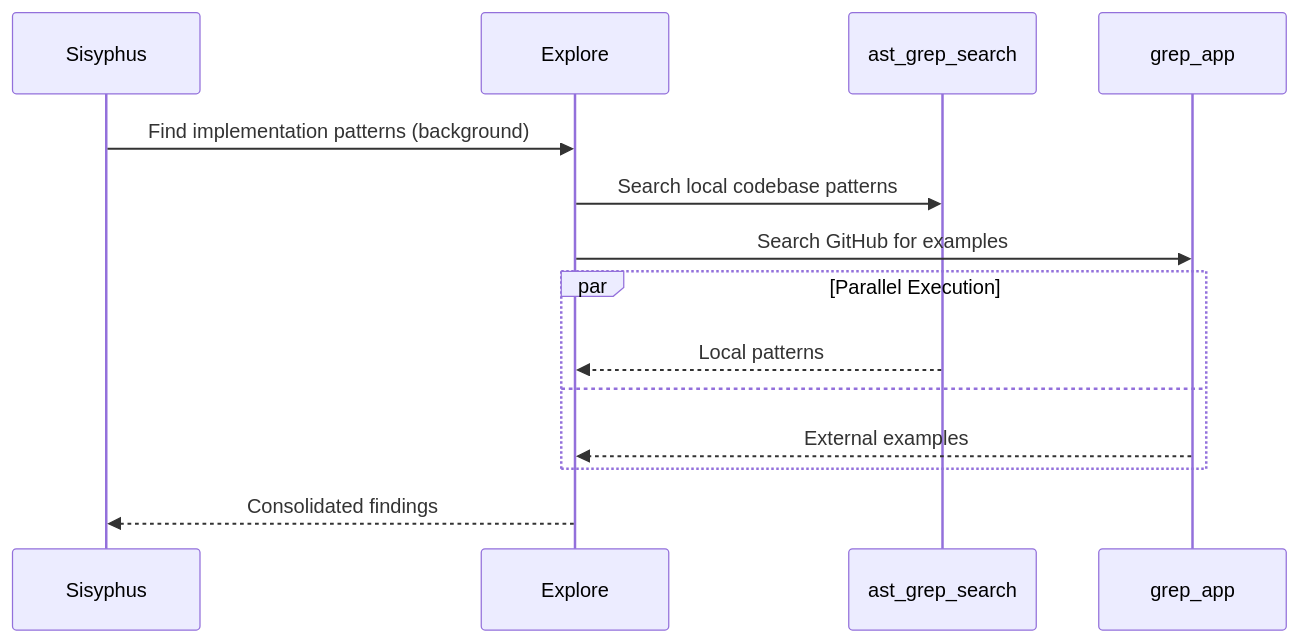
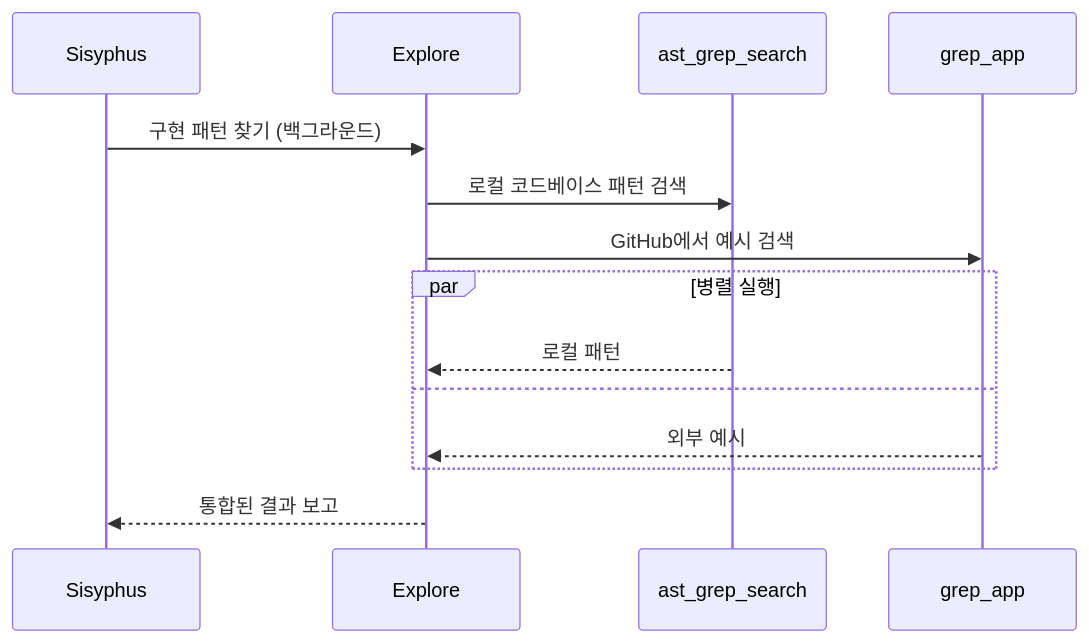
Before and after one commit to felipetruman/oh-my-opencode-docs: the fifth of 6 diagrams in docs/tools/ast-grep-tools.md, drawn with Mermaid. The commit also changed other lines of this file and 76 other files, not shown here.

````diff
--- a/docs/tools/ast-grep-tools.md
+++ b/docs/tools/ast-grep-tools.md
@@ -392,17 +392,17 @@
 ```mermaid
 sequenceDiagram
   participant p1 as Sisyphus
   participant p2 as Explore
   participant p3 as ast_grep_search
   participant p4 as grep_app
 
-  p1->>p2: Find implementation patterns (background)
-  p2->>p3: Search local codebase patterns
-  p2->>p4: Search GitHub for examples
-  par Parallel Execution
-    p3-->>p2: Local patterns
+  p1->>p2: 구현 패턴 찾기 (백그라운드)
+  p2->>p3: 로컬 코드베이스 패턴 검색
+  p2->>p4: GitHub에서 예시 검색
+  par 병렬 실행
+    p3-->>p2: 로컬 패턴
   and
-    p4-->>p2: External examples
+    p4-->>p2: 외부 예시
   end
-  p2-->>p1: Consolidated findings
+  p2-->>p1: 통합된 결과 보고
 ```
````
